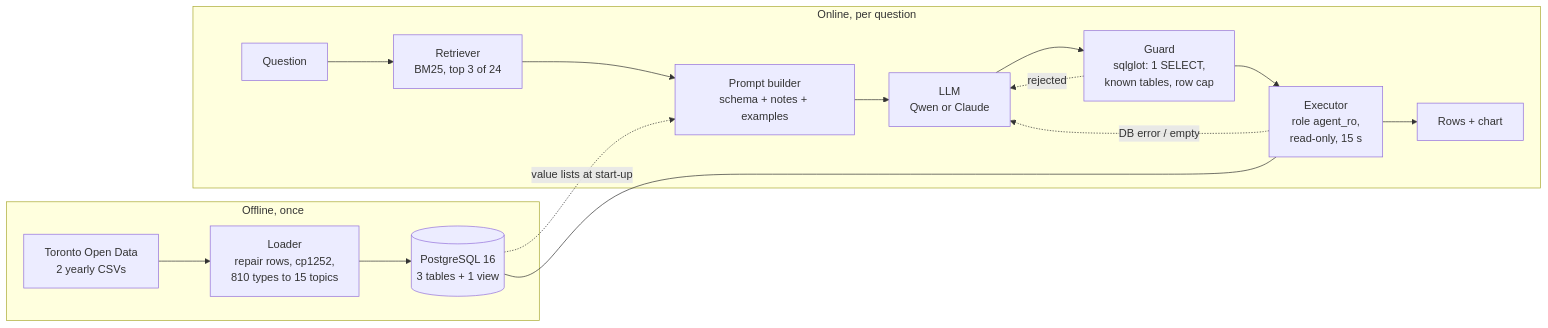
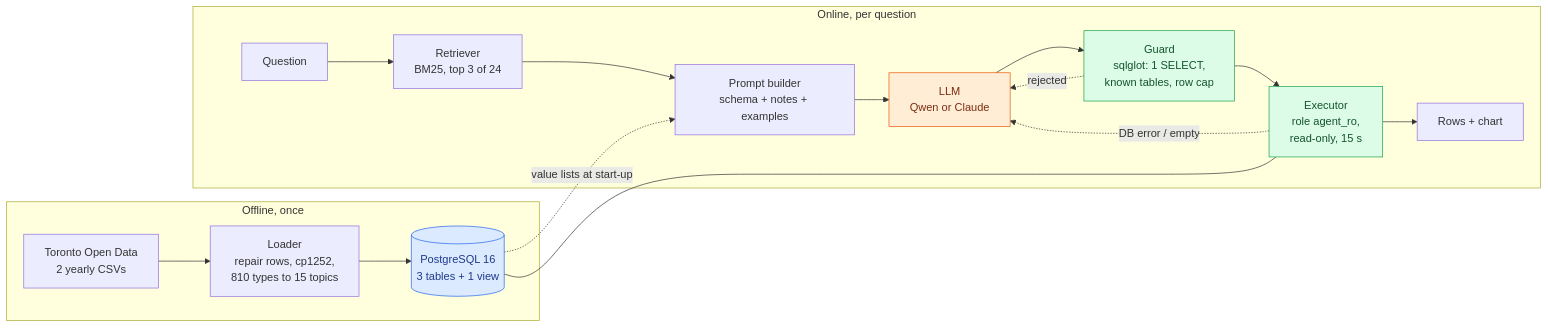
The third of 3 diagrams in README.md (Mayank-thite/ask-toronto-311), drawn with Mermaid before and after one commit. The commit also changed other lines of this file and 1 other file, not shown here.

Commit message:
Restyle README: banner, badges, callouts, colored diagrams, collapsible technical sections

````diff
--- a/README.md
+++ b/README.md
@@ -185,14 +258,21 @@
 ```mermaid
 flowchart LR
   subgraph offline["Offline, once"]
     CSV["Toronto Open Data<br/>2 yearly CSVs"] --> L["Loader<br/>repair rows, cp1252,<br/>810 types to 15 topics"] --> PG[("PostgreSQL 16<br/>3 tables + 1 view")]
   end
   subgraph online["Online, per question"]
     Q["Question"] --> R["Retriever<br/>BM25, top 3 of 24"] --> P["Prompt builder<br/>schema + notes + examples"] --> M["LLM<br/>Qwen or Claude"]
     M --> G["Guard<br/>sqlglot: 1 SELECT,<br/>known tables, row cap"] --> X["Executor<br/>role agent_ro,<br/>read-only, 15 s"] --> O["Rows + chart"]
     G -. "rejected" .-> M
     X -. "DB error / empty" .-> M
   end
   PG -. "value lists at start-up" .-> P
   X --- PG
+
+  classDef store fill:#dbeafe,stroke:#2563eb,color:#1e3a8a
+  classDef llm fill:#ffedd5,stroke:#ea580c,color:#7c2d12
+  classDef guard fill:#dcfce7,stroke:#16a34a,color:#14532d
+  class PG store
+  class M llm
+  class G,X guard
 ```
````
